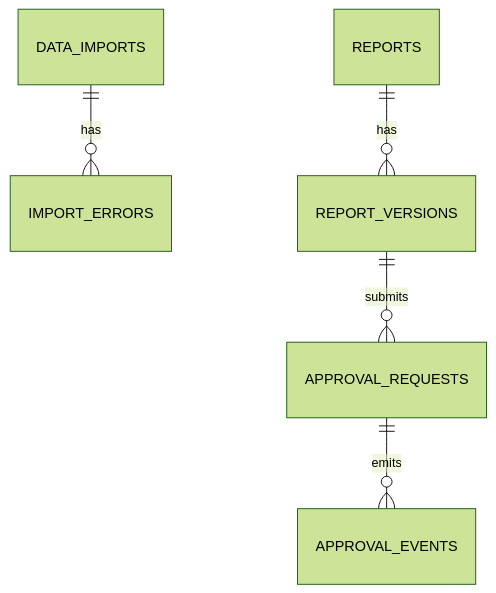
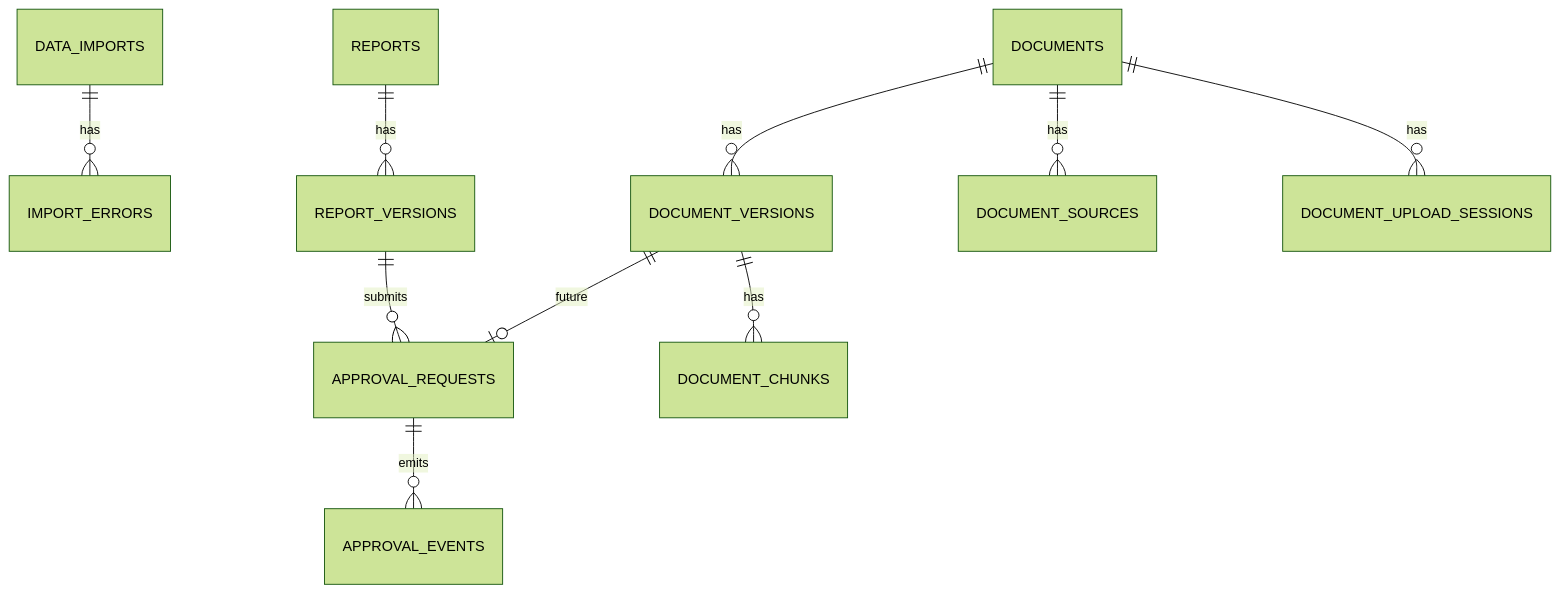
One commit to kurekako2017/vscode_study changed the diagram in ai-lab/ai-learn/retail-insight-ai/docs/DATABASE.md. Above: the diagram before and after it, drawn with Mermaid (forest theme). The commit also changed other lines of this file and 48 other files, not shown here.

````diff
--- a/ai-lab/ai-learn/retail-insight-ai/docs/DATABASE.md
+++ b/ai-lab/ai-learn/retail-insight-ai/docs/DATABASE.md
@@ -205,7 +308,12 @@
 ```mermaid
 erDiagram
     DATA_IMPORTS ||--o{ IMPORT_ERRORS : has
     REPORTS ||--o{ REPORT_VERSIONS : has
     REPORT_VERSIONS ||--o{ APPROVAL_REQUESTS : submits
     APPROVAL_REQUESTS ||--o{ APPROVAL_EVENTS : emits
+    DOCUMENTS ||--o{ DOCUMENT_VERSIONS : has
+    DOCUMENTS ||--o{ DOCUMENT_SOURCES : has
+    DOCUMENT_VERSIONS ||--o{ DOCUMENT_CHUNKS : has
+    DOCUMENTS ||--o{ DOCUMENT_UPLOAD_SESSIONS : has
+    DOCUMENT_VERSIONS ||--o| APPROVAL_REQUESTS : future
 ```
````
